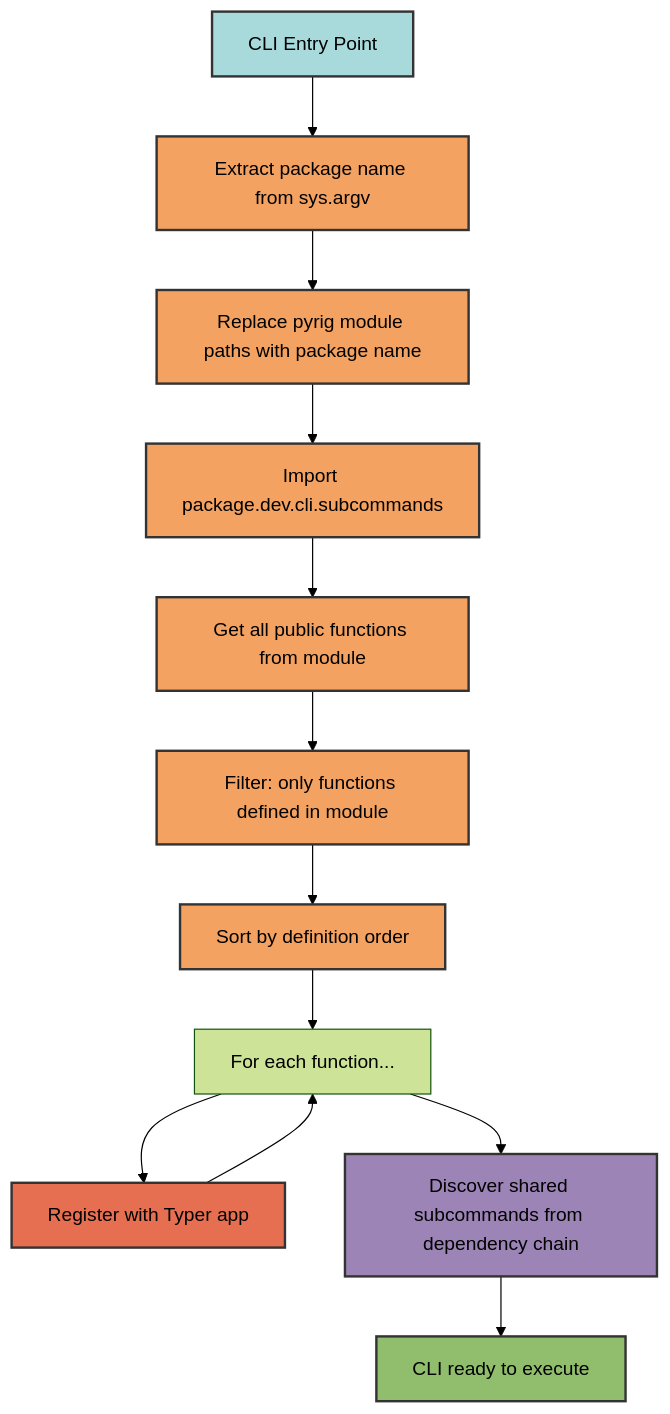
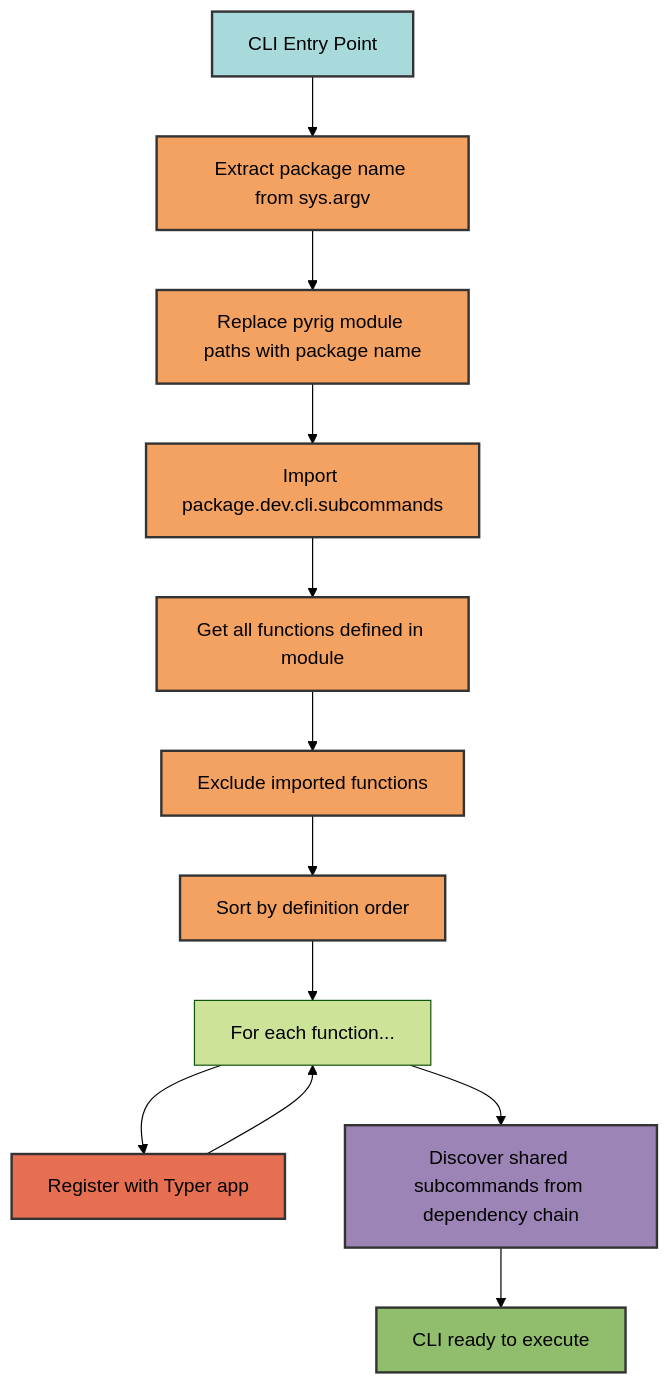
The second of 3 diagrams in docs/cli/subcommands.md (Winipedia/pyrig), drawn with Mermaid (forest theme) before and after one commit. The commit also changed other lines of this file and 2 other files, not shown here.

````diff
--- a/docs/cli/subcommands.md
+++ b/docs/cli/subcommands.md
@@ -144,28 +143,28 @@
 ```mermaid
 graph TD
     A[CLI Entry Point] --> B[Extract package name from sys.argv]
     B --> C[Replace pyrig module paths with package name]
     C --> D[Import package.dev.cli.subcommands]
 
-    D --> E[Get all public functions from module]
-    E --> F[Filter: only functions defined in module]
+    D --> E[Get all functions defined in module]
+    E --> F[Exclude imported functions]
     F --> G[Sort by definition order]
     G --> H[For each function...]
 
     H --> I[Register with Typer app]
     I --> H
 
     H --> J[Discover shared subcommands from dependency chain]
     J --> K[CLI ready to execute]
 
     style A fill:#a8dadc,stroke:#333,stroke-width:2px,color:#000
     style B fill:#f4a261,stroke:#333,stroke-width:2px,color:#000
     style C fill:#f4a261,stroke:#333,stroke-width:2px,color:#000
     style D fill:#f4a261,stroke:#333,stroke-width:2px,color:#000
     style E fill:#f4a261,stroke:#333,stroke-width:2px,color:#000
     style F fill:#f4a261,stroke:#333,stroke-width:2px,color:#000
     style G fill:#f4a261,stroke:#333,stroke-width:2px,color:#000
     style I fill:#e76f51,stroke:#333,stroke-width:2px,color:#000
     style J fill:#9d84b7,stroke:#333,stroke-width:2px,color:#000
     style K fill:#90be6d,stroke:#333,stroke-width:2px,color:#000
 ```
````
